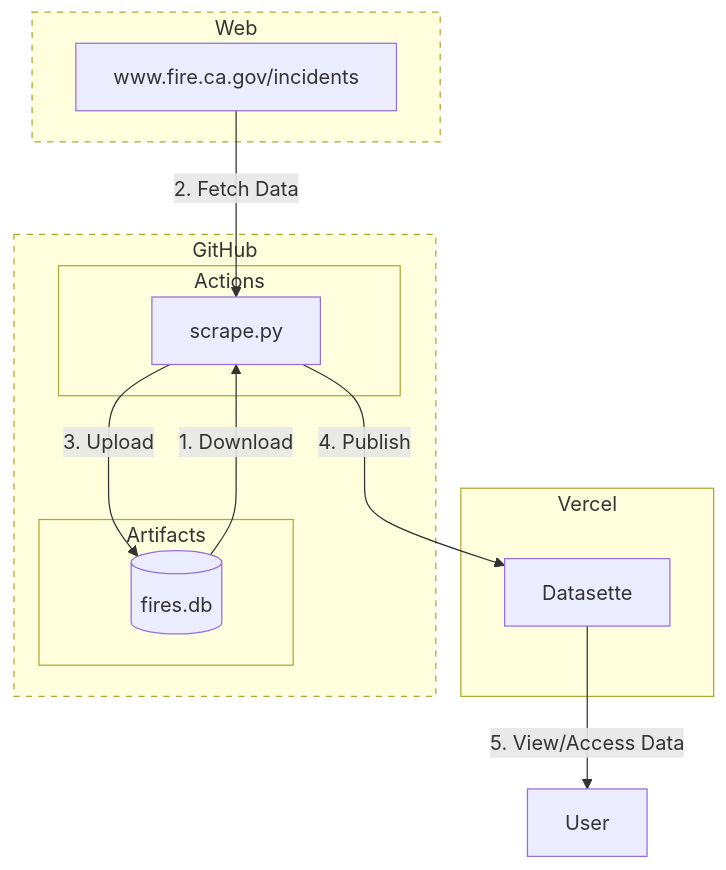
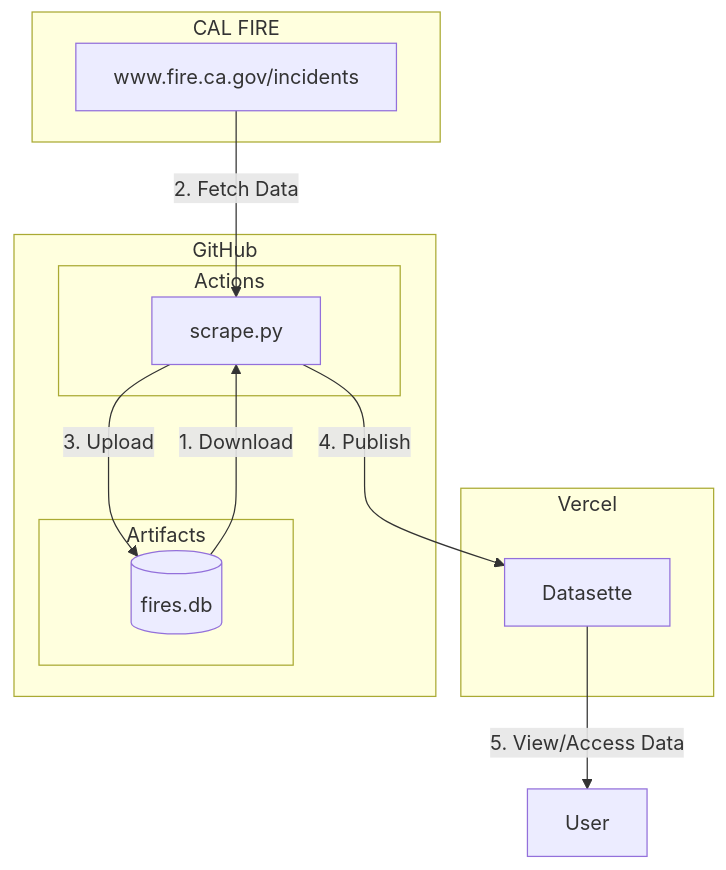
One commit to ngshiheng/cafireshistorydb changed the diagram in README.md. Above: the diagram before and after it, drawn with Mermaid.

Commit message:
docs: update graph

````diff
--- a/README.md
+++ b/README.md
@@ -9,35 +9,30 @@
 ```mermaid
 graph TB
 		subgraph Vercel
 		        deployment[Datasette]
 		        class deployment vercel;
 		    end
 
 
     subgraph GitHub
         subgraph Actions
             scraper[scrape.py]
             class scraper actions;
         end
         subgraph Artifacts
             db[(fires.db)]
             class db artifacts;
         end
     end
 
-    subgraph Web
+    subgraph CAL FIRE
         web[www.fire.ca.gov/incidents]
         class api Web;
     end
 
     db --> |1. Download| scraper
     web --> |2. Fetch Data| scraper
     scraper --> |3. Upload| db
     scraper --> |4. Publish| deployment
     deployment --> |5. View/Access Data| client[User]
-
-
-    %% Apply dotted line styles
-    style GitHub stroke-dasharray: 5 5;
-    style Web stroke-dasharray: 5 5;
 ```
````
